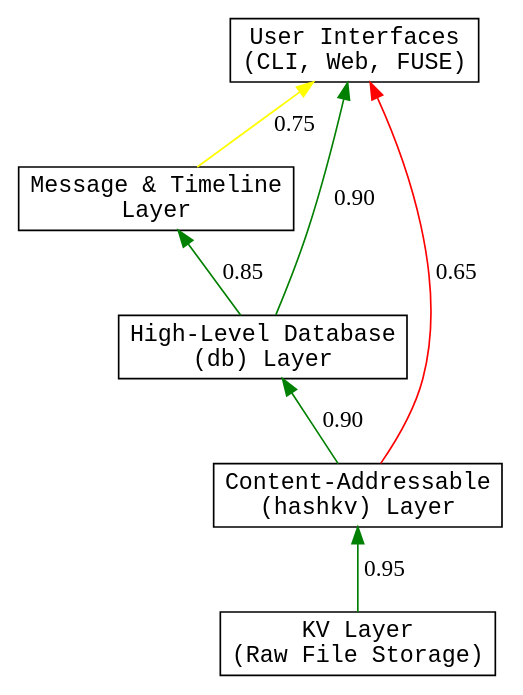
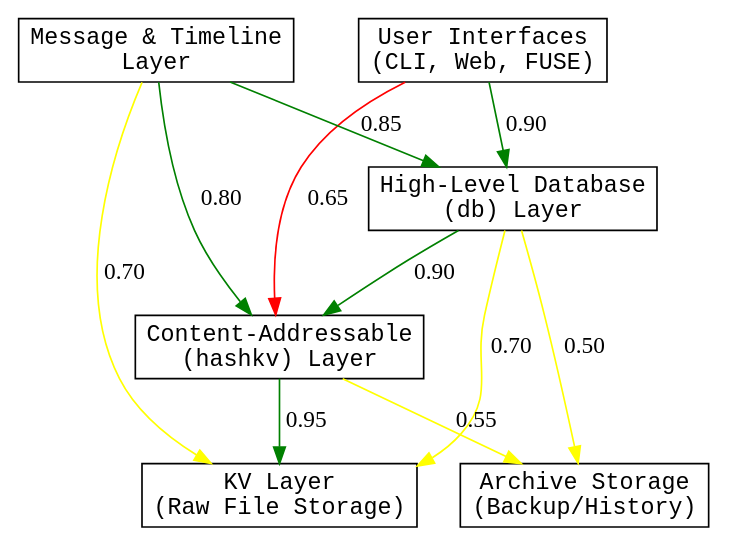
Before and after one commit to stevegt/promisebase: the diagram in x/layers.dot, drawn with Graphviz. The commit also changed 2 other files, not shown here.

```diff
--- a/x/layers.dot
+++ b/x/layers.dot
@@ -1,24 +1,30 @@
 digraph Layers {
-  rankdir=BT;
+  rankdir=TB;
   node [shape=box, style=filled, fillcolor=white,
   fontname="monospace"];
 
+  UI [label="User Interfaces\n(CLI, Web, FUSE)"];
+  Msg [label="Message & Timeline\nLayer"];
+  DB [label="High-Level Database\n(db) Layer"];
+  HashKV [label="Content-Addressable\n(hashkv) Layer"];
   KV [label="KV Layer\n(Raw File Storage)"];
-  HashKV [label="Content-Addressable\n(hashkv) Layer"];
-  DB [label="High-Level Database\n(db) Layer"];
-  Msg [label="Message & Timeline\nLayer"];
-  UI [label="User Interfaces\n(CLI, Web, FUSE)"];
+  Archive [label="Archive Storage\n(Backup/History)"];
 
-  // Connect KV to HashKV with a high success probability
-  KV -> HashKV [label="0.95", color="green"];
-  // Connect HashKV to DB
-  HashKV -> DB [label="0.90", color="green"];
-  // Connect DB to Message/Timeline layer
-  DB -> Msg [label="0.85", color="green"];
-  // Connect DB to UI layer (primary interface)
-  DB -> UI [label="0.90", color="green"];
-  // Allow Message layer to also feed UI
-  Msg -> UI [label="0.75", color="yellow"];
-  // A fallback path from HashKV directly to UI is less promising
-  HashKV -> UI [label="0.65", color="red"];
+  // UI and Msg are independent roots.
+  UI -> DB [label="0.90", color="green"];
+  Msg -> DB [label="0.85", color="green"];
+
+  // Additional alternative connections from the roots.
+  UI -> HashKV [label="0.65", color="red"];
+  Msg -> HashKV [label="0.80", color="green"];
+  Msg -> KV [label="0.70", color="yellow"];
+
+  // Primary flow from DB downwards.
+  DB -> HashKV [label="0.90", color="green"];
+  DB -> KV [label="0.70", color="yellow"];
+  DB -> Archive [label="0.50", color="yellow"];
+
+  // From HashKV to storage.
+  HashKV -> KV [label="0.95", color="green"];
+  HashKV -> Archive [label="0.55", color="yellow"];
 }
```
